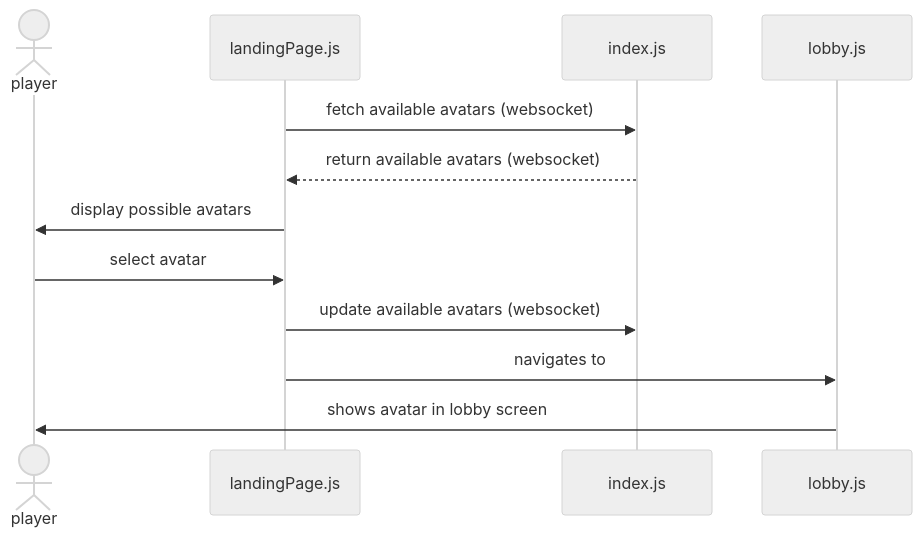
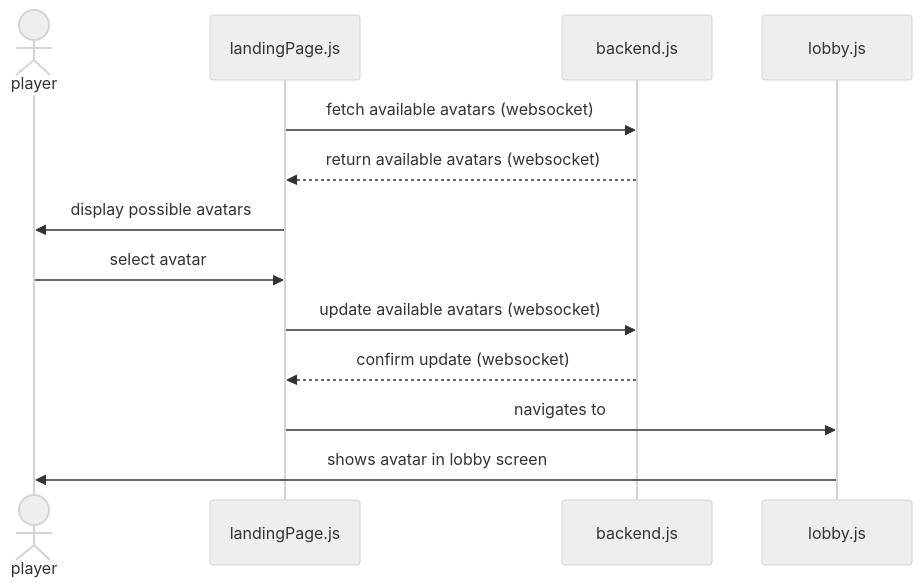
One commit to Capstone-Projects-2025-Spring/project-aac-game-team-a changed the sixth of 13 diagrams in documentation/docs/system-architecture/design.md. Above: the diagram before and after it, drawn with Mermaid (neutral theme). The commit also changed other lines of this file, not shown here.

Commit message:
added necessary return arrows and explained diagram steps

````diff
--- a/documentation/docs/system-architecture/design.md
+++ b/documentation/docs/system-architecture/design.md
@@ -157,13 +160,14 @@
 ```mermaid
 sequenceDiagram
 
 actor player
-landingPage.js ->> index.js: fetch available avatars (websocket)
-index.js -->> landingPage.js: return available avatars (websocket)
+landingPage.js ->> backend.js: fetch available avatars (websocket)
+backend.js -->> landingPage.js: return available avatars (websocket)
 landingPage.js ->> player: display possible avatars
 player ->> landingPage.js: select avatar
-landingPage.js ->> index.js: update available avatars (websocket)
+landingPage.js ->> backend.js: update available avatars (websocket)
+backend.js -->> landingPage.js: confirm update (websocket)
 landingPage.js ->> lobby.js: navigates to
 lobby.js ->> player: shows avatar in lobby screen
 
 ```
````
